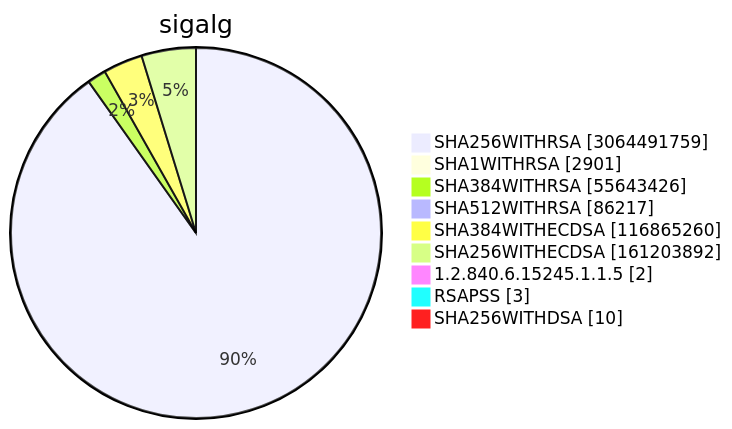
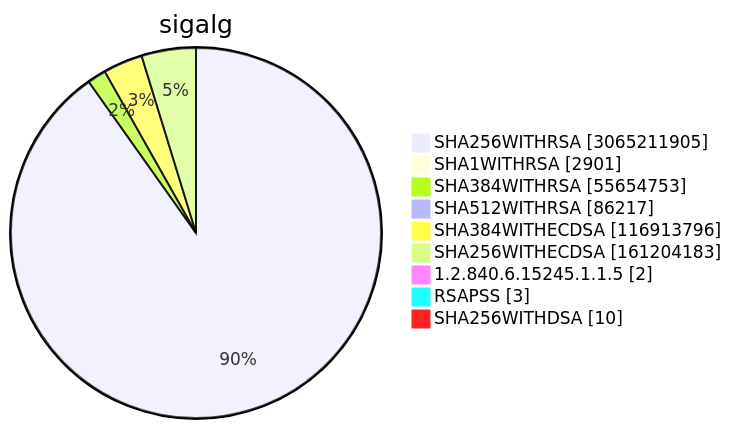
One commit to christiankrug/ctmonitor_visualization changed diagram 15 of 15 in TOTAL/README.md. Above: the diagram before and after it, drawn with Mermaid. The commit also changed other lines of this file, not shown here.

````diff
--- a/TOTAL/README.md
+++ b/TOTAL/README.md
@@ -6209,13 +6209,13 @@
 ```mermaid
 pie showData
 title sigalg
-"SHA256WITHRSA" :3064491759
+"SHA256WITHRSA" :3065211905
 "SHA1WITHRSA" :2901
-"SHA384WITHRSA" :55643426
+"SHA384WITHRSA" :55654753
 "SHA512WITHRSA" :86217
-"SHA384WITHECDSA" :116865260
-"SHA256WITHECDSA" :161203892
+"SHA384WITHECDSA" :116913796
+"SHA256WITHECDSA" :161204183
 "1.2.840.6.15245.1.1.5" :2
 "RSAPSS" :3
 "SHA256WITHDSA" :10
 ```
````
